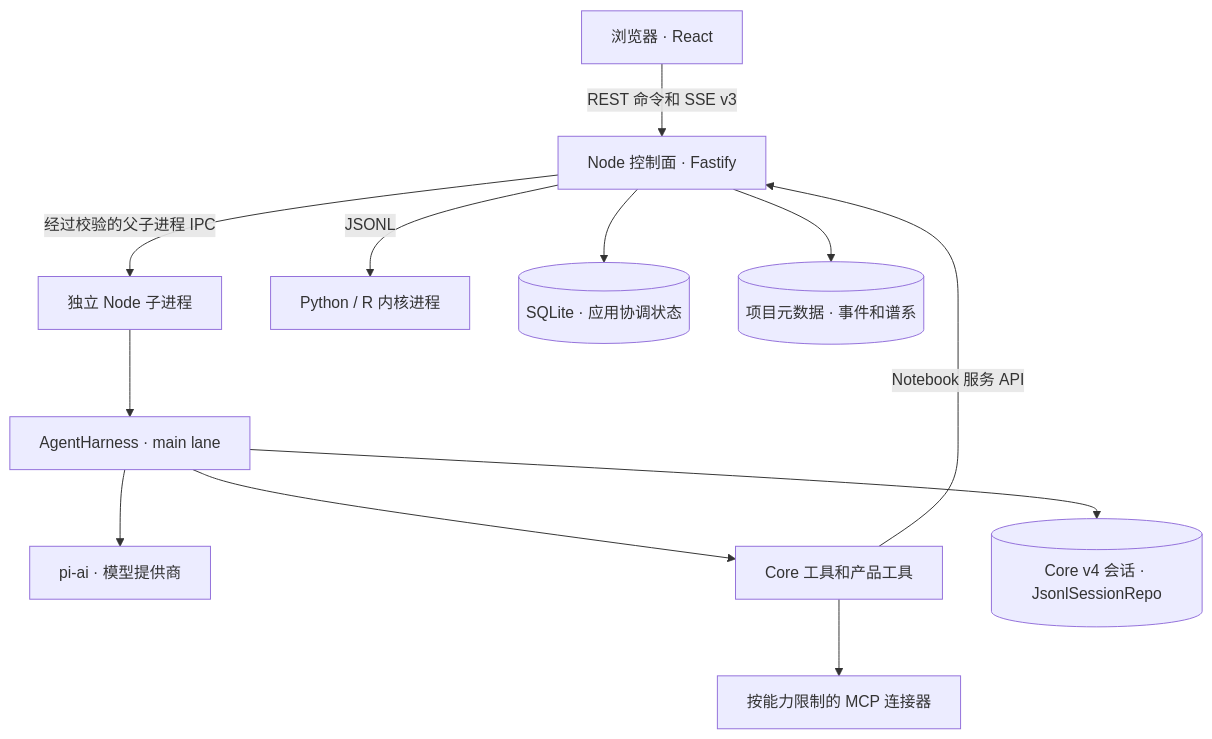
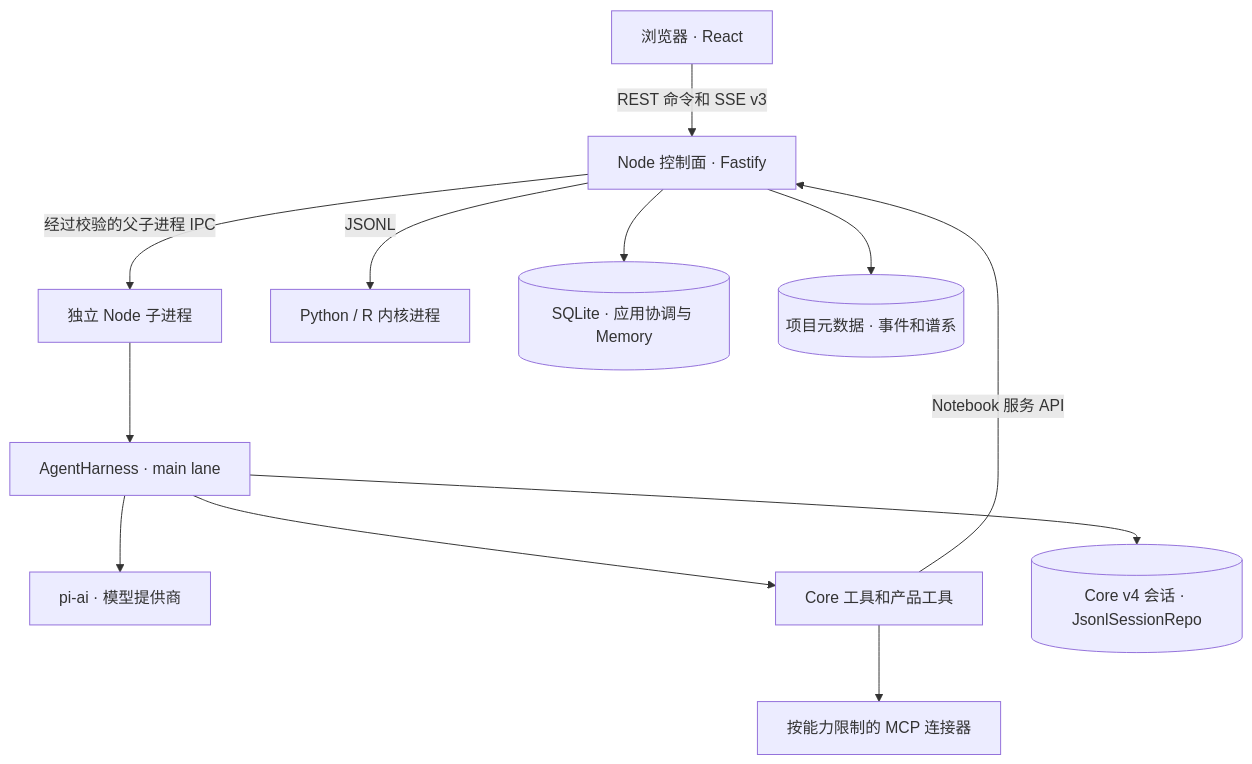
Before and after one commit to Garhorne0813/pi-science: the first of 3 diagrams in docs/architecture.zh-CN.md, drawn with Mermaid. The commit also changed other lines of this file and 121 other files, not shown here.

````diff
--- a/docs/architecture.zh-CN.md
+++ b/docs/architecture.zh-CN.md
@@ -9,14 +9,14 @@
 ```mermaid
 flowchart TB
     UI["浏览器 · React"] -->|REST 命令和 SSE v3| CP["Node 控制面 · Fastify"]
     CP -->|经过校验的父子进程 IPC| W["独立 Node 子进程"]
     W --> H["AgentHarness · main lane"]
     H --> AI["pi-ai · 模型提供商"]
     H --> T["Core 工具和产品工具"]
     T --> MCP["按能力限制的 MCP 连接器"]
     T -->|Notebook 服务 API| CP
     H --> S[("Core v4 会话 · JsonlSessionRepo")]
     CP -->|JSONL| K["Python / R 内核进程"]
-    CP --> DB[("SQLite · 应用协调状态")]
+    CP --> DB[("SQLite · 应用协调与 Memory")]
     CP --> P[("项目元数据 · 事件和谱系")]
 ```
````
